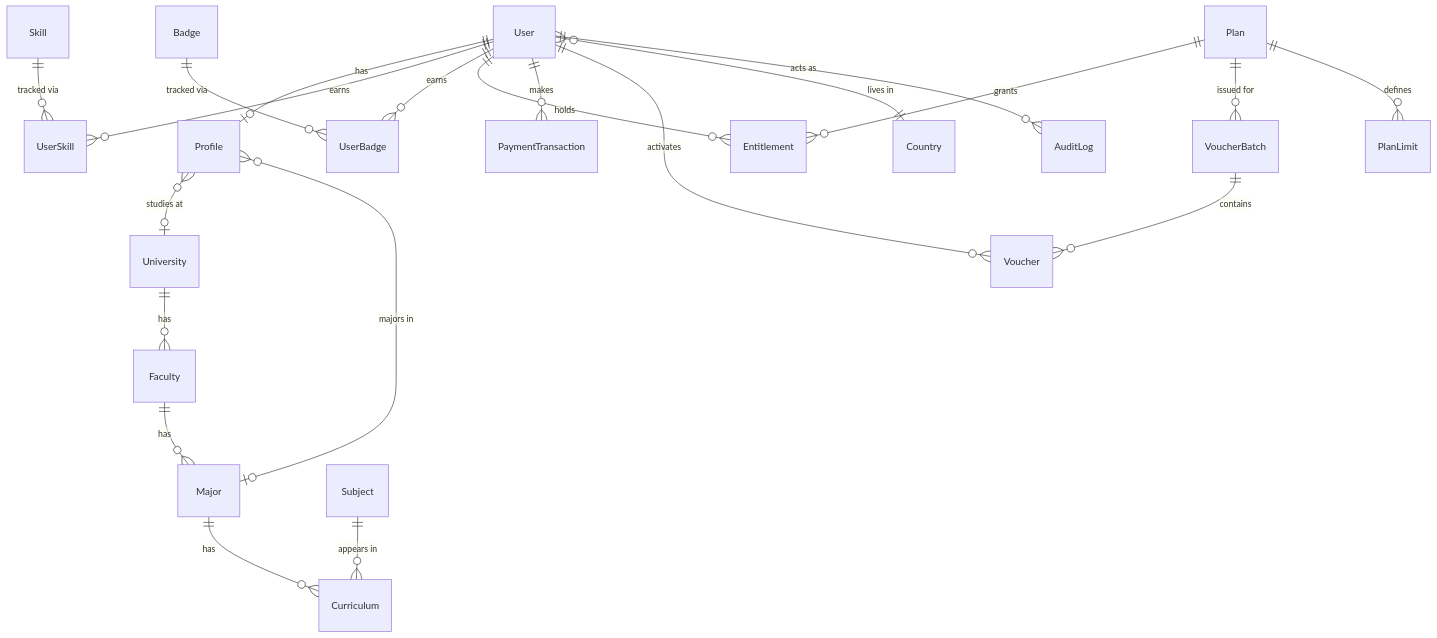
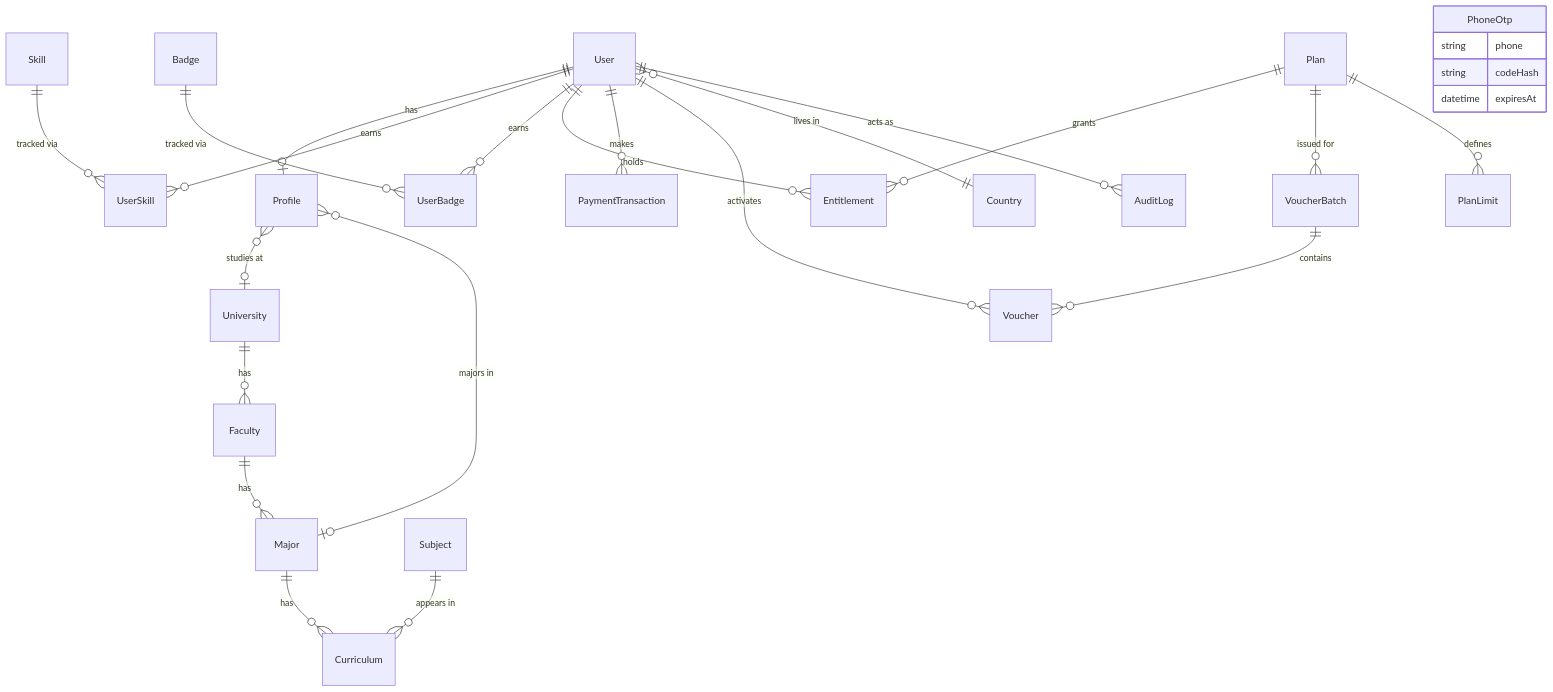
One commit to fahd6666ai/EngUvers changed the diagram in docs/ERD.md. Above: the diagram before and after it, drawn with Mermaid. The commit also changed other lines of this file and 4 other files, not shown here.

First line of the commit message:
docs: update ERD/PAGES/CLAUDE.md and docker-compose for Phase 1

````diff
--- a/docs/ERD.md
+++ b/docs/ERD.md
@@ -9,29 +9,35 @@
 ```mermaid
 erDiagram
     User ||--o| Profile : has
     User ||--o{ UserSkill : earns
     User ||--o{ UserBadge : earns
     User ||--o{ Entitlement : holds
     User ||--o{ PaymentTransaction : makes
     User ||--o{ Voucher : activates
     User }o--|| Country : "lives in"
 
     Profile }o--o| University : "studies at"
     Profile }o--o| Major : "majors in"
 
     University ||--o{ Faculty : has
     Faculty ||--o{ Major : has
     Major ||--o{ Curriculum : has
     Subject ||--o{ Curriculum : "appears in"
 
     Plan ||--o{ Entitlement : grants
     Plan ||--o{ VoucherBatch : "issued for"
     Plan ||--o{ PlanLimit : defines
 
     VoucherBatch ||--o{ Voucher : contains
 
     Skill ||--o{ UserSkill : "tracked via"
     Badge ||--o{ UserBadge : "tracked via"
 
     User ||--o{ AuditLog : "acts as"
+
+    PhoneOtp {
+        string phone
+        string codeHash
+        datetime expiresAt
+    }
 ```
````
